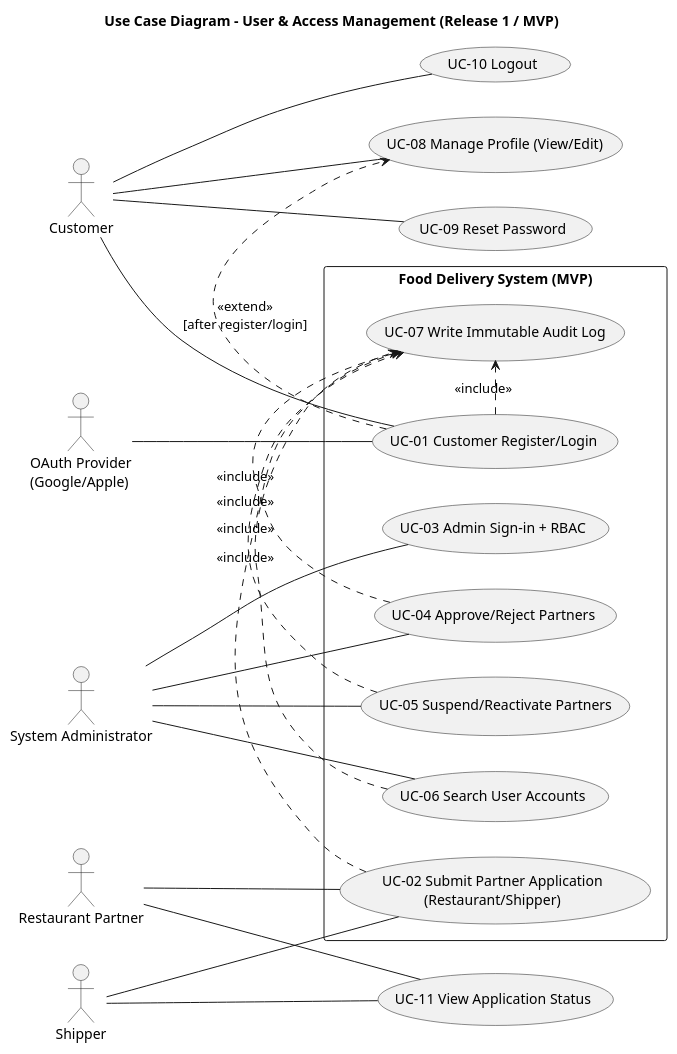
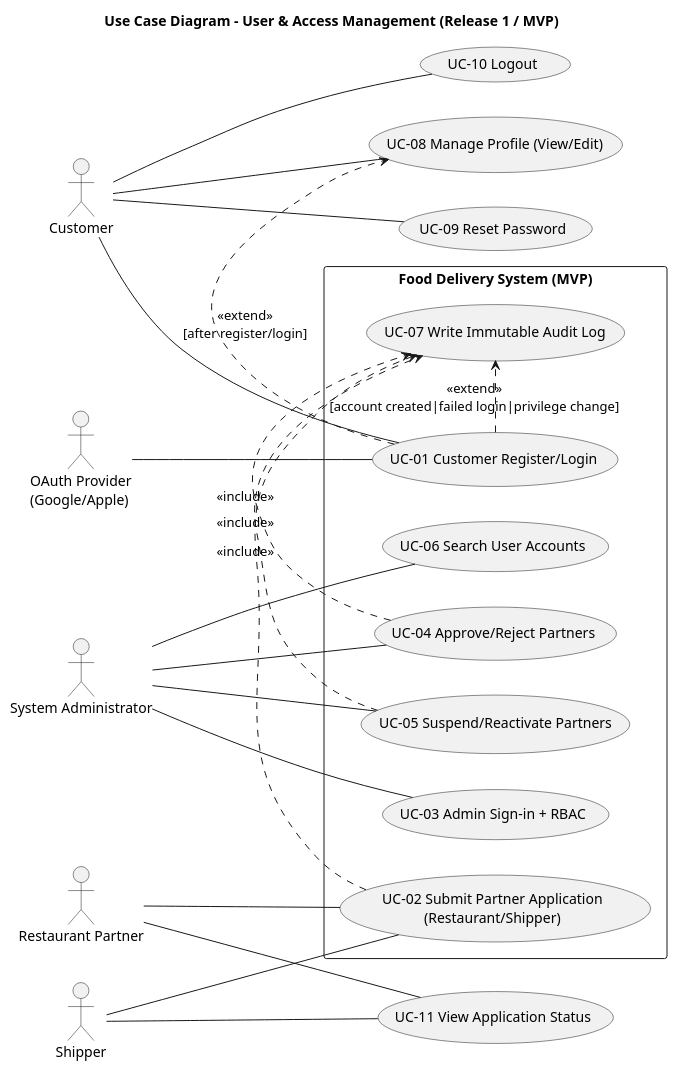
Before and after one commit to luubinhdeptrai/Architecture-FoodDelivery: the diagram in Documents/usecase-diagrams/01-user-access.puml, drawn with PlantUML. The commit also changed 1 other file, not shown here.

```diff
--- a/Documents/usecase-diagrams/01-user-access.puml
+++ b/Documents/usecase-diagrams/01-user-access.puml
@@ -1,55 +1,55 @@
 @startuml user-access
 title Use Case Diagram - User & Access Management (Release 1 / MVP)
 
 left to right direction
 skinparam packageStyle rectangle
 skinparam shadowing false
 
 actor "Customer" as A_Customer
 actor "Restaurant Partner" as A_Restaurant
 actor "Shipper" as A_Shipper
 actor "System Administrator" as A_Admin
 actor "OAuth Provider\n(Google/Apple)" as A_OAuth
 
 rectangle "Food Delivery System (MVP)" as SYS {
   usecase "UC-01 Customer Register/Login" as UC01
   usecase "UC-02 Submit Partner Application\n(Restaurant/Shipper)" as UC02
 
   usecase "UC-03 Admin Sign-in + RBAC" as UC03
   usecase "UC-04 Approve/Reject Partners" as UC04
   usecase "UC-05 Suspend/Reactivate Partners" as UC05
   usecase "UC-06 Search User Accounts" as UC06
 
   usecase "UC-07 Write Immutable Audit Log" as UC07
 }
 
 A_Customer -- UC01
 A_Restaurant -- UC02
 A_Shipper -- UC02
 A_Admin -- UC03
 A_Admin -- UC04
 A_Admin -- UC05
 A_Admin -- UC06
 A_OAuth -- UC01
 
 UC04 .> UC07 : <<include>>
 UC05 .> UC07 : <<include>>
-UC06 .> UC07 : <<include>>
+
 
 usecase "UC-08 Manage Profile (View/Edit)" as UC08
 usecase "UC-09 Reset Password" as UC09
 usecase "UC-10 Logout" as UC10
 usecase "UC-11 View Application Status" as UC11
 
 A_Customer -- UC08
 A_Customer -- UC09
 A_Customer -- UC10
 A_Restaurant -- UC11
 A_Shipper -- UC11
 
 UC01 .> UC08 : <<extend>>\n[after register/login]
 UC02 .> UC07 : <<include>>
-UC01 .> UC07 : <<include>>
+UC01 .> UC07 : <<extend>>\n[account created|failed login|privilege change]
 
 
 @enduml
```
